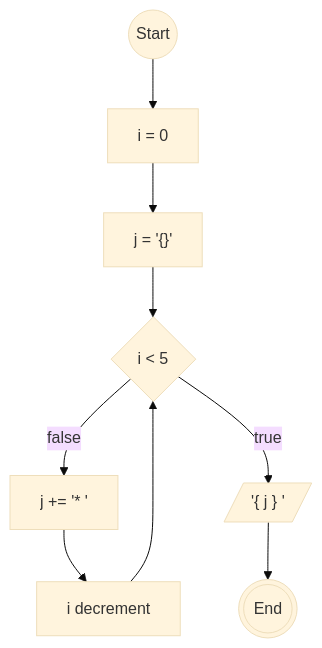
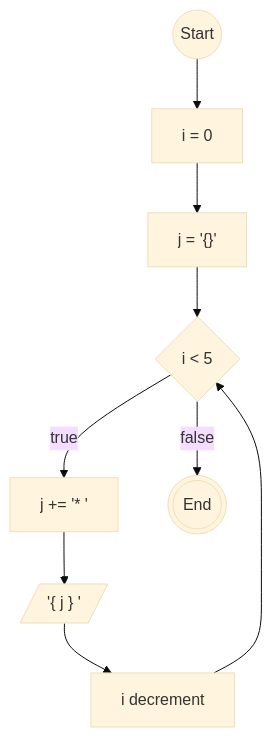
Before and after one commit to fatawaimamalmuftin/koda-b8-homework1: the diagram in while.md, drawn with Mermaid (base theme).

````diff
--- a/while.md
+++ b/while.md
@@ -1,17 +1,19 @@
 ```mermaid
 flowchart
 
 mulai@{shape: circle, label: "Start"}
 i@{ shape: rect, label: "i = 0"}
 j@{ shape: rect, label: "j = '{}'"}
 loop@{ shape: diamond, label: "i < 5"}
 j+@{ shape: rect, label: "j += '* '"}
 i+@{ shape: rect, label: "i decrement"}
 hj@{ shape: lean-r, label: "'{ j } '"}
 selesai@{ shape: doublecircle, label: "End"}
 
-mulai-->i-->j-->loop--false-->j+
-loop--true-->hj-->selesai
-j+-->i+-->loop
+mulai-->i-->j-->loop--true-->j+-->hj-->i+-->loop
+loop--false-->selesai
+
+
+
 
 ```
````
